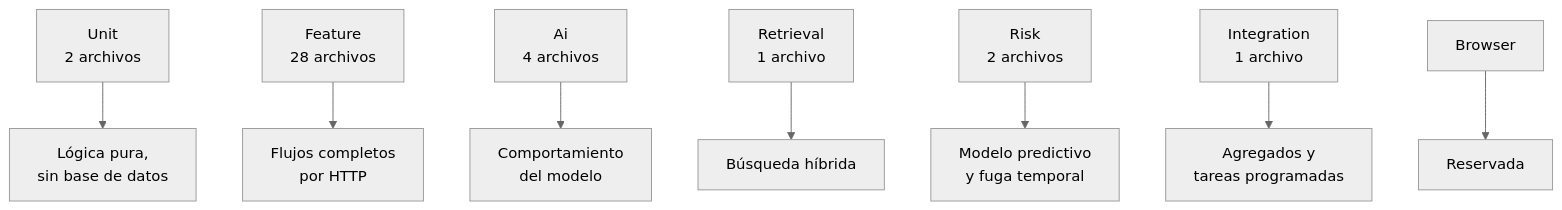
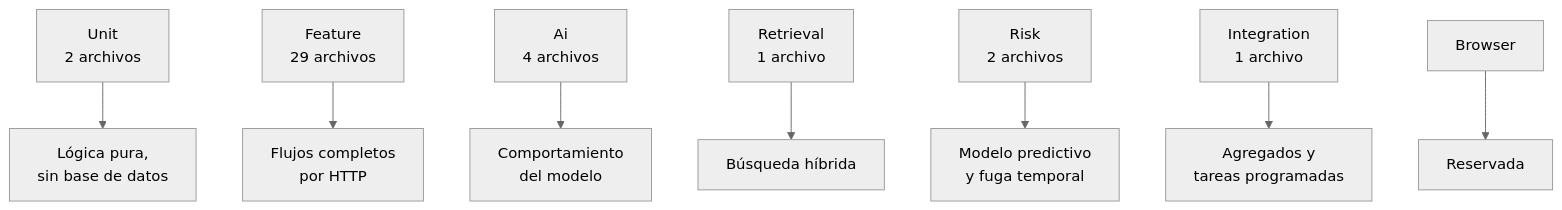
One commit to 75220834-cloud/PROYECTO-TALLER-DE-INV.-1 changed the first of 2 diagrams in docs/tecnica/12-pruebas-y-calidad.md. Above: the diagram before and after it, drawn with Mermaid (neutral theme). The commit also changed other lines of this file and 46 other files, not shown here.

````diff
--- a/docs/tecnica/12-pruebas-y-calidad.md
+++ b/docs/tecnica/12-pruebas-y-calidad.md
@@ -24,10 +24,10 @@
 ```mermaid
 graph TB
     U["Unit<br/>2 archivos"] --> D["Lógica pura,<br/>sin base de datos"]
-    F["Feature<br/>28 archivos"] --> E["Flujos completos<br/>por HTTP"]
+    F["Feature<br/>29 archivos"] --> E["Flujos completos<br/>por HTTP"]
     A["Ai<br/>4 archivos"] --> G["Comportamiento<br/>del modelo"]
     R["Retrieval<br/>1 archivo"] --> H["Búsqueda híbrida"]
     RI["Risk<br/>2 archivos"] --> I["Modelo predictivo<br/>y fuga temporal"]
     IN["Integration<br/>1 archivo"] --> J["Agregados y<br/>tareas programadas"]
     B["Browser"] --> K["Reservada"]
 ```
````
